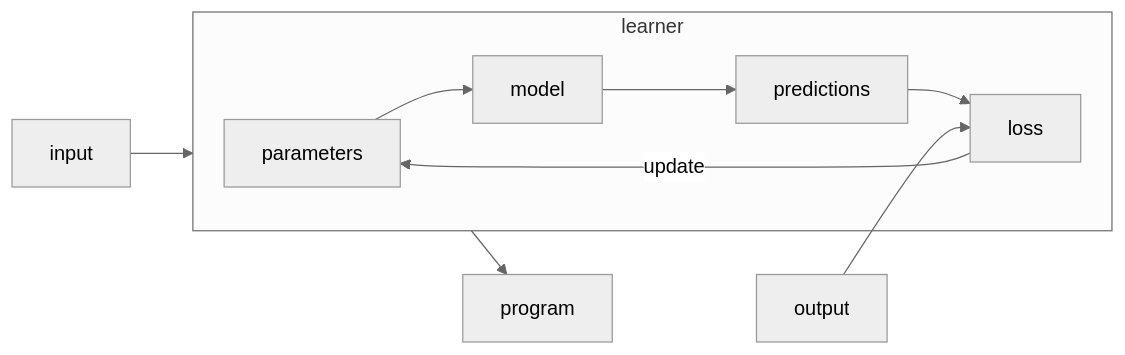
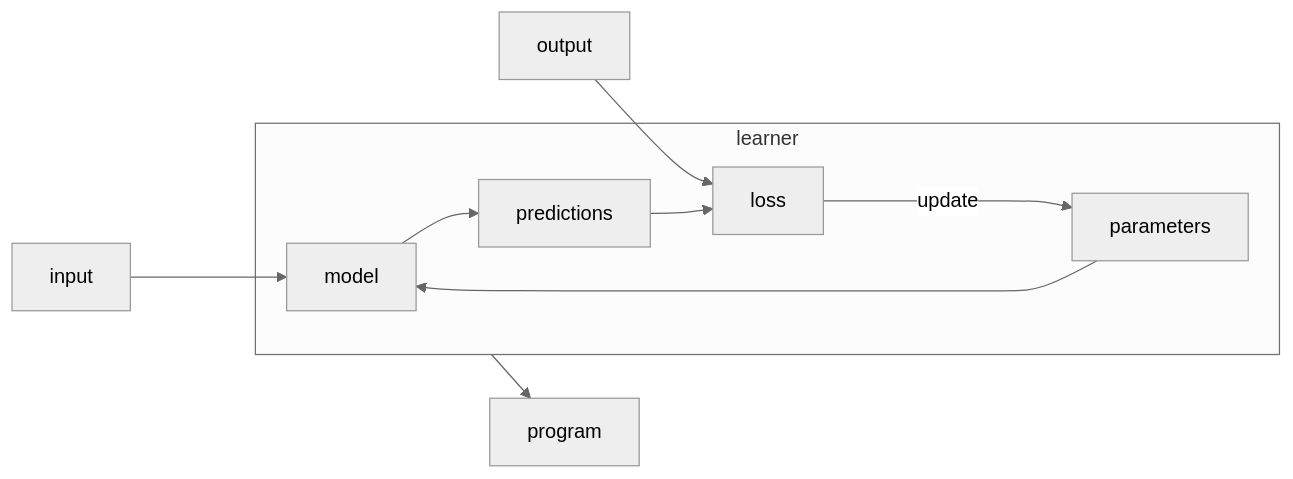
The third of 3 diagrams in _posts/2023-08-16-rivoluzione.md (nicoladerric/nicoladerric.github.io), drawn with Mermaid (neutral theme) before and after one commit.

````diff
--- a/_posts/2023-08-16-rivoluzione.md
+++ b/_posts/2023-08-16-rivoluzione.md
@@ -53,12 +53,12 @@
 ```mermaid
 flowchart LR;
-    input --> learner;
+    input ---> model;
+    output --> loss;
     subgraph learner
     parameters --> model;
     model --> predictions;
     predictions --> loss;
-    loss ---> |update|parameters;
+    loss ----> |update|parameters;
     end
-    output --> loss;
     learner --> program
 ```
````
